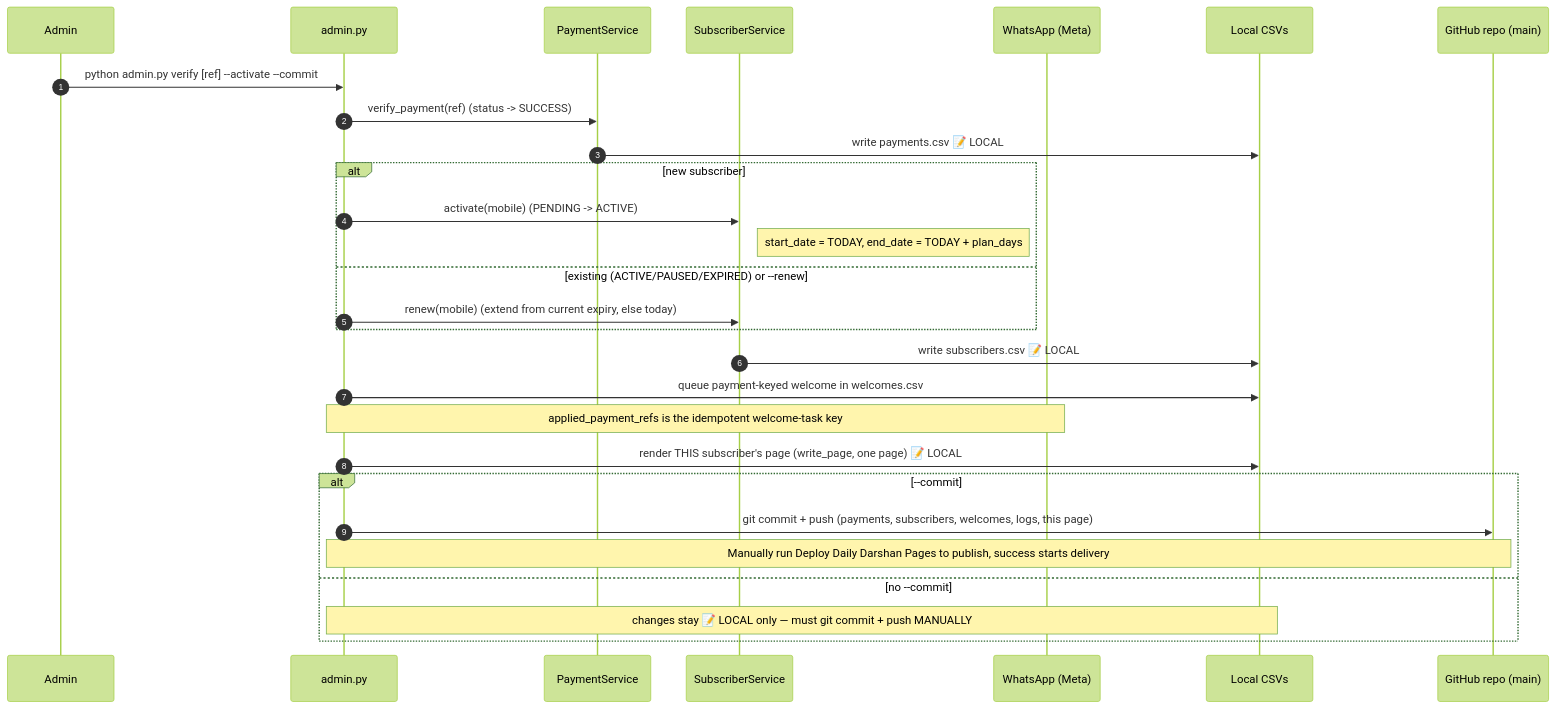
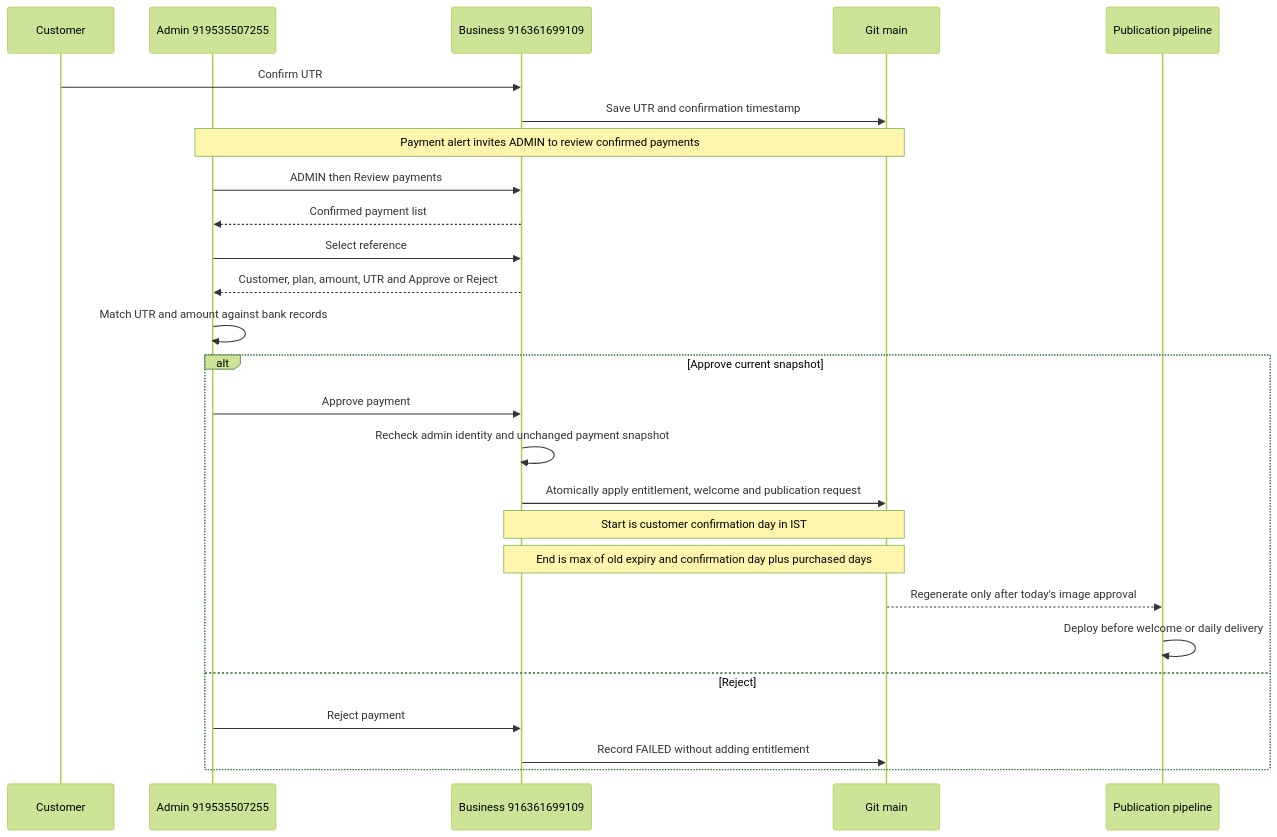
One commit to mishnit/daily-darshan changed the ninth of 12 diagrams in sequence-diagrams.md. Above: the diagram before and after it, drawn with Mermaid (forest theme). The commit also changed other lines of this file and 27 other files, not shown here.

````diff
--- a/sequence-diagrams.md
+++ b/sequence-diagrams.md
@@ -429,31 +405,28 @@
 ```mermaid
 sequenceDiagram
-    autonumber
-    participant Admin
-    participant CLI as admin.py
-    participant Pay as PaymentService
-    participant Sub as SubscriberService
-    participant WA as WhatsApp (Meta)
-    participant Local as Local CSVs
-    participant Repo as GitHub repo (main)
-
-    Admin->>CLI: python admin.py verify [ref] --activate --commit
-    CLI->>Pay: verify_payment(ref)  (status -> SUCCESS)
-    Pay->>Local: write payments.csv  📝 LOCAL
-    alt new subscriber
-        CLI->>Sub: activate(mobile)  (PENDING -> ACTIVE)
-        Note right of Sub: start_date = TODAY, end_date = TODAY + plan_days
-    else existing (ACTIVE/PAUSED/EXPIRED) or --renew
-        CLI->>Sub: renew(mobile)  (extend from current expiry, else today)
-    end
-    Sub->>Local: write subscribers.csv  📝 LOCAL
-    CLI->>Local: queue payment-keyed welcome in welcomes.csv
-    Note over CLI,WA: applied_payment_refs is the idempotent welcome-task key
-    CLI->>Local: render THIS subscriber's page (write_page, one page)  📝 LOCAL
-    alt --commit
-        CLI->>Repo: git commit + push (payments, subscribers, welcomes, logs, this page)
-        Note over CLI,Repo: Manually run Deploy Daily Darshan Pages to publish, success starts delivery
-    else no --commit
-        Note over CLI,Local: changes stay 📝 LOCAL only — must git commit + push MANUALLY
+    participant Customer
+    participant Admin as Admin 919535507255
+    participant Web as Business 916361699109
+    participant Git as Git main
+    participant Jobs as Publication pipeline
+    Customer->>Web: Confirm UTR
+    Web->>Git: Save UTR and confirmation timestamp
+    Note over Admin,Git: Payment alert invites ADMIN to review confirmed payments
+    Admin->>Web: ADMIN then Review payments
+    Web-->>Admin: Confirmed payment list
+    Admin->>Web: Select reference
+    Web-->>Admin: Customer, plan, amount, UTR and Approve or Reject
+    Admin->>Admin: Match UTR and amount against bank records
+    alt Approve current snapshot
+        Admin->>Web: Approve payment
+        Web->>Web: Recheck admin identity and unchanged payment snapshot
+        Web->>Git: Atomically apply entitlement, welcome and publication request
+        Note over Web,Git: Start is customer confirmation day in IST
+        Note over Web,Git: End is max of old expiry and confirmation day plus purchased days
+        Git-->>Jobs: Regenerate only after today's image approval
+        Jobs->>Jobs: Deploy before welcome or daily delivery
+    else Reject
+        Admin->>Web: Reject payment
+        Web->>Git: Record FAILED without adding entitlement
     end
 ```
````
